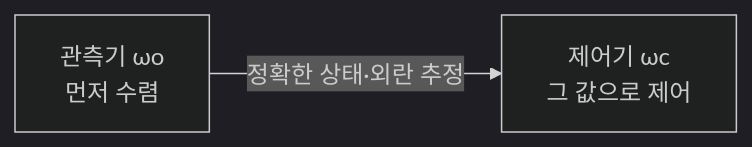
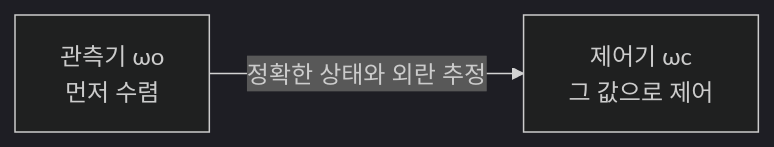
One commit to genie4youu/genie4youu.github.io changed the diagram in _posts/adrc/2026-07-21-06-observer-bandwidth.md. Above: the diagram before and after it, drawn with Mermaid (dark theme). The commit also changed other lines of this file and 100 other files, not shown here.

````diff
--- a/_posts/adrc/2026-07-21-06-observer-bandwidth.md
+++ b/_posts/adrc/2026-07-21-06-observer-bandwidth.md
@@ -78,4 +78,4 @@
 ```mermaid
 flowchart LR
-    O["관측기 ωo<br/>먼저 수렴"] -->|정확한 상태·외란 추정| C["제어기 ωc<br/>그 값으로 제어"]
+    O["관측기 ωo<br/>먼저 수렴"] -->|정확한 상태와 외란 추정| C["제어기 ωc<br/>그 값으로 제어"]
 ```
````
